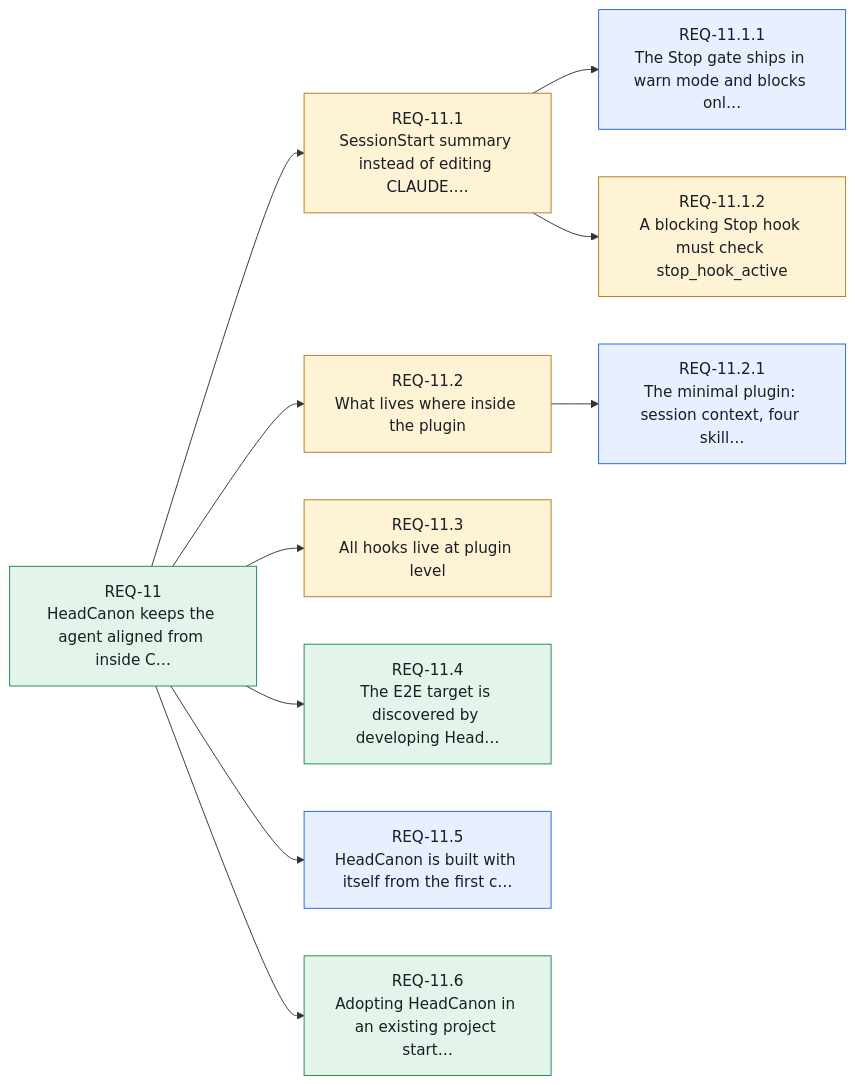
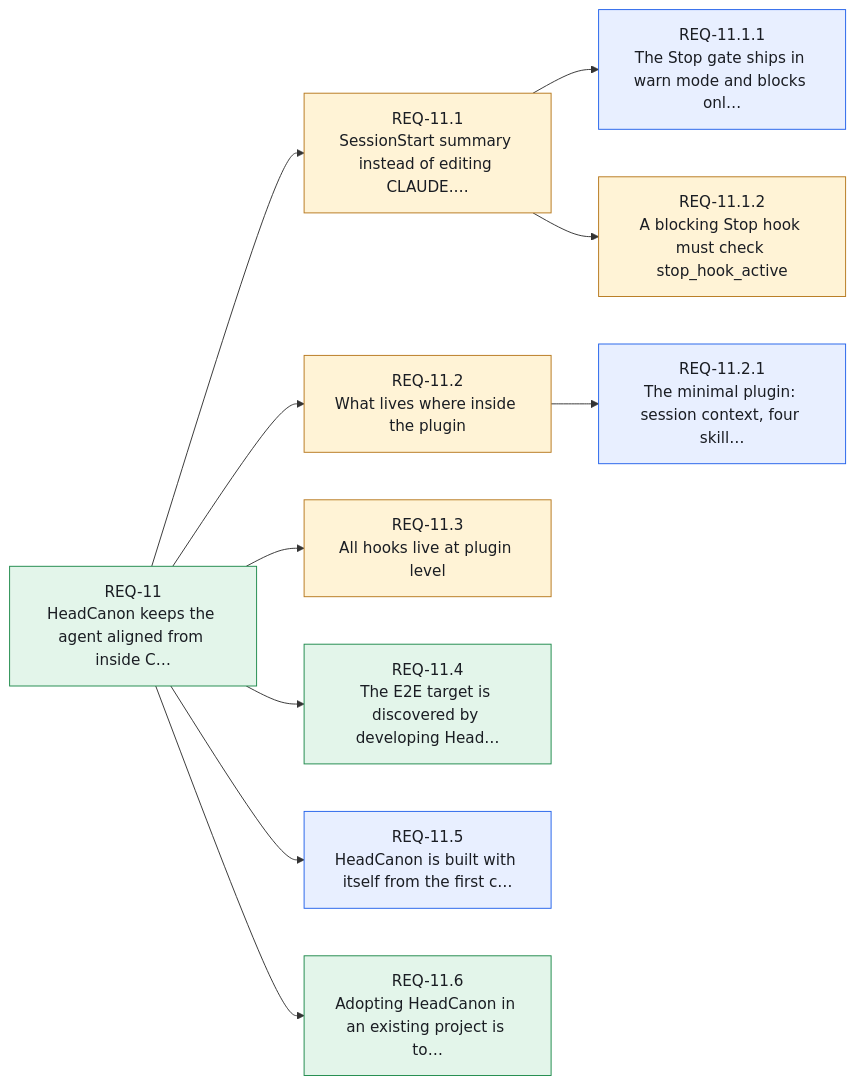
One commit to Althis/headcanon changed diagram 12 of 14 in canon/INDEX.md. Above: the diagram before and after it, drawn with Mermaid. The commit also changed other lines of this file and 3 other files, not shown here.

````diff
--- a/canon/INDEX.md
+++ b/canon/INDEX.md
@@ -471,27 +471,27 @@
 ```mermaid
 flowchart LR
     REQ_11["REQ-11<br/>HeadCanon keeps the agent aligned from inside C…"]:::stated
     REQ_11_1["REQ-11.1<br/>SessionStart summary instead of editing CLAUDE.…"]:::assumed
     REQ_11_1_1["REQ-11.1.1<br/>The Stop gate ships in warn mode and blocks onl…"]:::resolved
     REQ_11_1_2["REQ-11.1.2<br/>A blocking Stop hook must check stop_hook_active"]:::assumed
     REQ_11_2["REQ-11.2<br/>What lives where inside the plugin"]:::assumed
     REQ_11_2_1["REQ-11.2.1<br/>The minimal plugin: session context, four skill…"]:::resolved
     REQ_11_3["REQ-11.3<br/>All hooks live at plugin level"]:::assumed
     REQ_11_4["REQ-11.4<br/>The E2E target is discovered by developing Head…"]:::stated
     REQ_11_5["REQ-11.5<br/>HeadCanon is built with itself from the first c…"]:::resolved
-    REQ_11_6["REQ-11.6<br/>Adopting HeadCanon in an existing project start…"]:::stated
+    REQ_11_6["REQ-11.6<br/>Adopting HeadCanon in an existing project is to…"]:::stated
     REQ_11 --> REQ_11_1
     REQ_11_1 --> REQ_11_1_1
     REQ_11_1 --> REQ_11_1_2
     REQ_11 --> REQ_11_2
     REQ_11_2 --> REQ_11_2_1
     REQ_11 --> REQ_11_3
     REQ_11 --> REQ_11_4
     REQ_11 --> REQ_11_5
     REQ_11 --> REQ_11_6
     classDef stated fill:#e3f5ea,stroke:#1f8a4c,color:#1a1d23
     classDef resolved fill:#e8efff,stroke:#2563eb,color:#1a1d23
     classDef assumed fill:#fff3d6,stroke:#b7791f,color:#1a1d23
     classDef open fill:#ece9fb,stroke:#6b5bd2,color:#1a1d23
     classDef contested fill:#fde7e8,stroke:#d13438,color:#1a1d23
 ```
````
